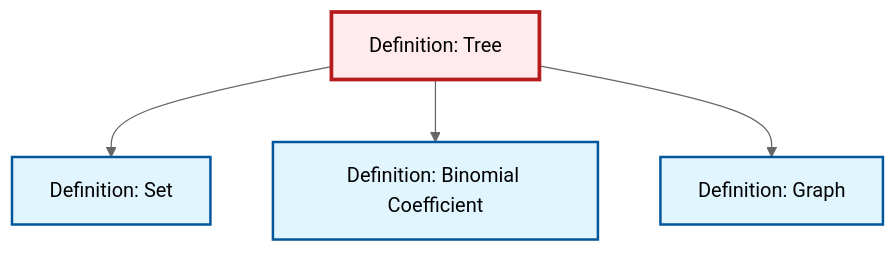
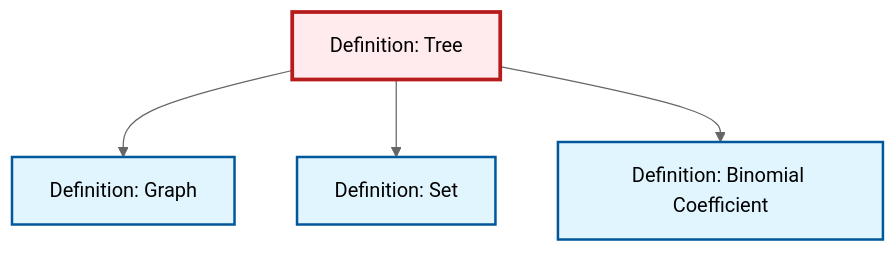
The diagram in content/ja/combinatorics/def-tree.qmd (RK0429/ModernMath), drawn with Mermaid (neutral theme) before and after one commit. The commit also changed other lines of this file and 619 other files, not shown here.

````diff
--- a/content/ja/combinatorics/def-tree.qmd
+++ b/content/ja/combinatorics/def-tree.qmd
@@ -137,20 +137,20 @@
 ```{mermaid}
 %%| fig-cap: "Local dependency graph"
 graph TD
     classDef definition fill:#e1f5fe,stroke:#01579b,stroke-width:2px
     classDef theorem fill:#f3e5f5,stroke:#4a148c,stroke-width:2px
     classDef axiom fill:#fff3e0,stroke:#e65100,stroke-width:2px
     classDef example fill:#e8f5e9,stroke:#1b5e20,stroke-width:2px
     classDef current fill:#ffebee,stroke:#b71c1c,stroke-width:3px
+    def-binomial-coefficient["Definition: Binomial Coefficient"]:::definition
+    def-graph["Definition: Graph"]:::definition
     def-tree["Definition: Tree"]:::definition
     def-set["Definition: Set"]:::definition
-    def-graph["Definition: Graph"]:::definition
-    def-binomial-coefficient["Definition: Binomial Coefficient"]:::definition
+    def-tree --> def-graph
     def-tree --> def-set
     def-tree --> def-binomial-coefficient
-    def-tree --> def-graph
     class def-tree current
+    click def-binomial-coefficient "def-binomial-coefficient.html" "Definition: Binomial Coefficientへ"
+    click def-graph "def-graph.html" "Definition: Graphへ"
     click def-set "def-set.html" "Definition: Setへ"
-    click def-graph "def-graph.html" "Definition: Graphへ"
-    click def-binomial-coefficient "def-binomial-coefficient.html" "Definition: Binomial Coefficientへ"
 ```
````
